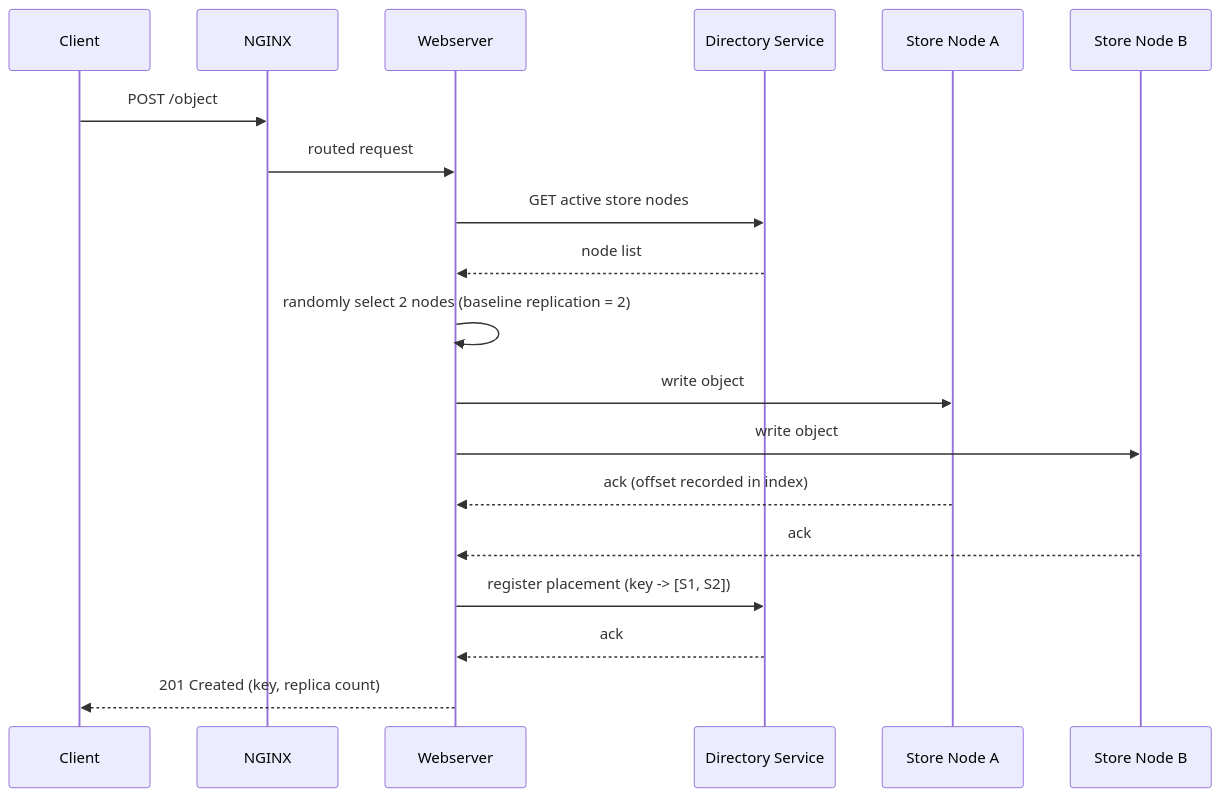
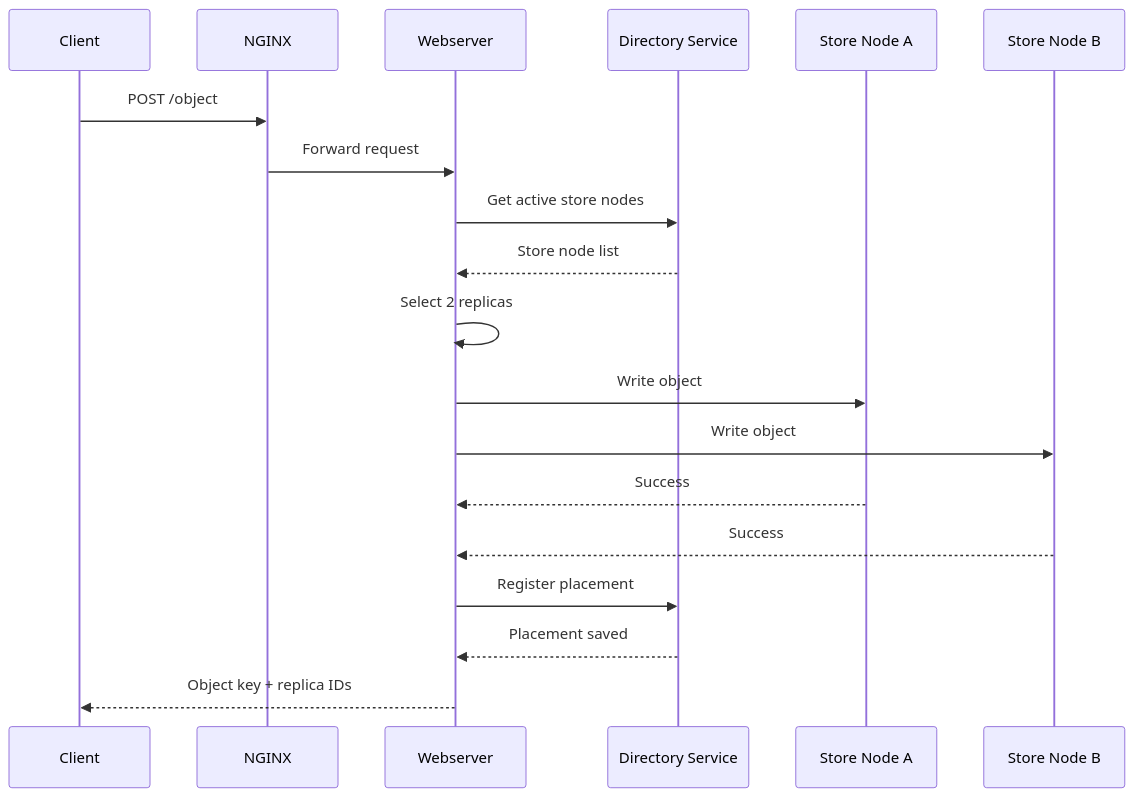
One commit to Rammanideep-ghantasala/-Haystack-Object-Storage-with-Dynamic-Replication changed the second of 5 diagrams in README.md. Above: the diagram before and after it, drawn with Mermaid. The commit also changed other lines of this file, not shown here.

````diff
--- a/README.md
+++ b/README.md
@@ -182,22 +217,22 @@
 ```mermaid
 sequenceDiagram
     participant C as Client
     participant N as NGINX
     participant W as Webserver
     participant D as Directory Service
     participant S1 as Store Node A
     participant S2 as Store Node B
 
     C->>N: POST /object
-    N->>W: routed request
-    W->>D: GET active store nodes
-    D-->>W: node list
-    W->>W: randomly select 2 nodes (baseline replication = 2)
-    W->>S1: write object
-    W->>S2: write object
-    S1-->>W: ack (offset recorded in index)
-    S2-->>W: ack
-    W->>D: register placement (key -> [S1, S2])
-    D-->>W: ack
-    W-->>C: 201 Created (key, replica count)
+    N->>W: Forward request
+    W->>D: Get active store nodes
+    D-->>W: Store node list
+    W->>W: Select 2 replicas
+    W->>S1: Write object
+    W->>S2: Write object
+    S1-->>W: Success
+    S2-->>W: Success
+    W->>D: Register placement
+    D-->>W: Placement saved
+    W-->>C: Object key + replica IDs
 ```
````
